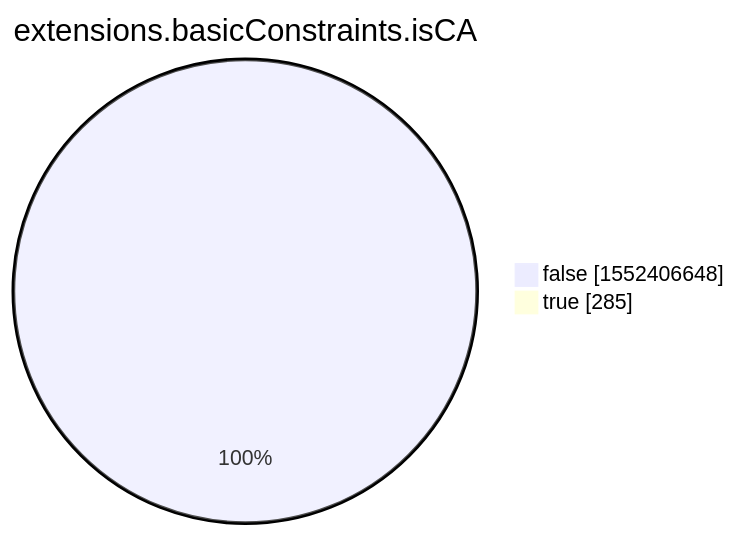
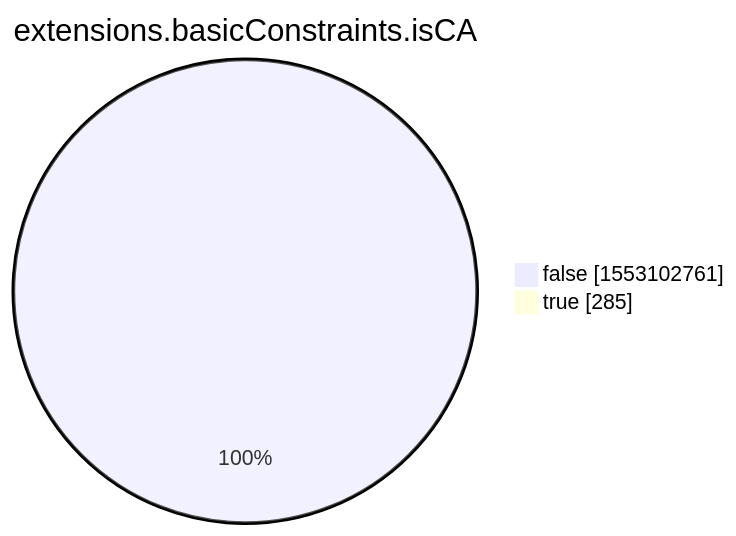
One commit to christiankrug/ctmonitor_visualization changed the eighth of 15 diagrams in xenon2022/README.md. Above: the diagram before and after it, drawn with Mermaid. The commit also changed other lines of this file, not shown here.

````diff
--- a/xenon2022/README.md
+++ b/xenon2022/README.md
@@ -2860,6 +2860,6 @@
 ```mermaid
 pie showData
 title extensions.basicConstraints.isCA
-"false" :1552406648
+"false" :1553102761
 "true" :285
 ```
````
